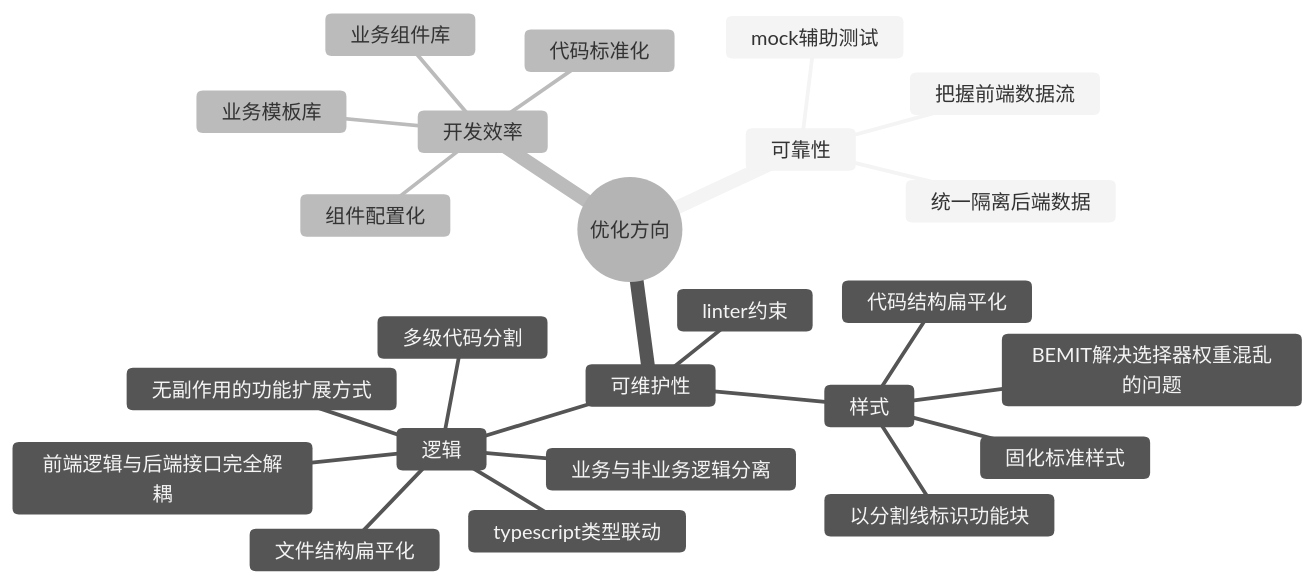
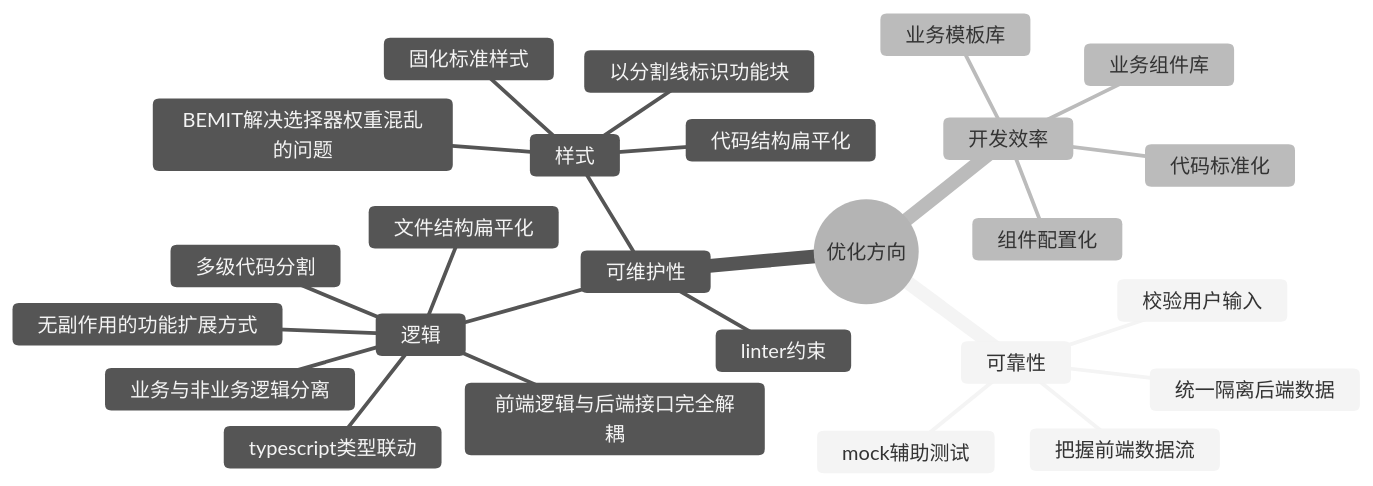
Before and after one commit to niuiic/vue-fusion: the first of 2 diagrams in README.md, drawn with Mermaid (neutral theme).

````diff
--- a/README.md
+++ b/README.md
@@ -11,27 +11,28 @@
 ```mermaid
 mindmap
     root((优化方向))
         可靠性
             统一隔离后端数据
+            校验用户输入
             把握前端数据流
             mock辅助测试
         可维护性
             逻辑
                 文件结构扁平化
                 无副作用的功能扩展方式
                 多级代码分割
                 业务与非业务逻辑分离
                 前端逻辑与后端接口完全解耦
                 typescript类型联动
             样式
                 固化标准样式
                 代码结构扁平化
                 BEMIT解决选择器权重混乱的问题
                 以分割线标识功能块
             linter约束
         开发效率
             代码标准化
             组件配置化
             业务组件库
             业务模板库
 ```
````
